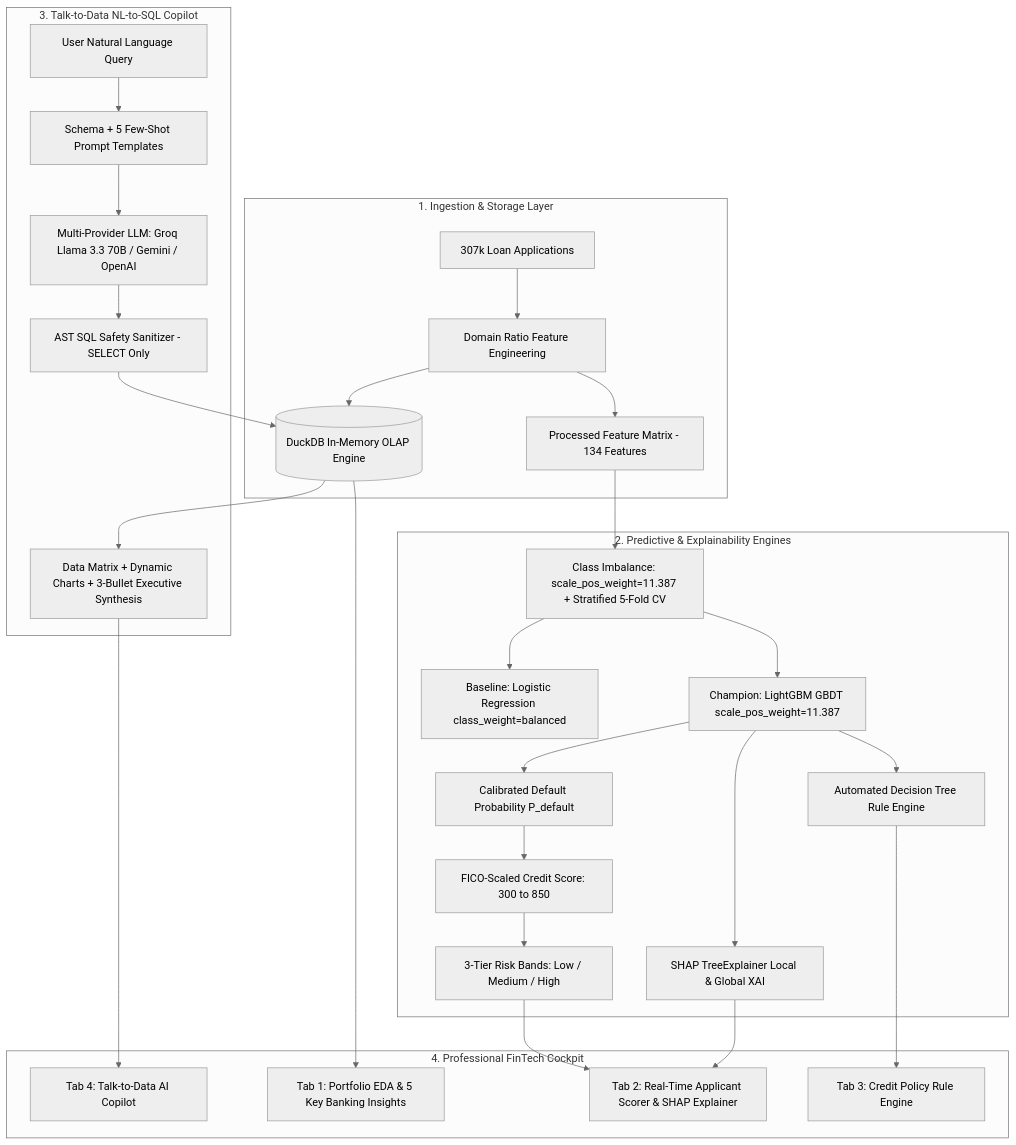
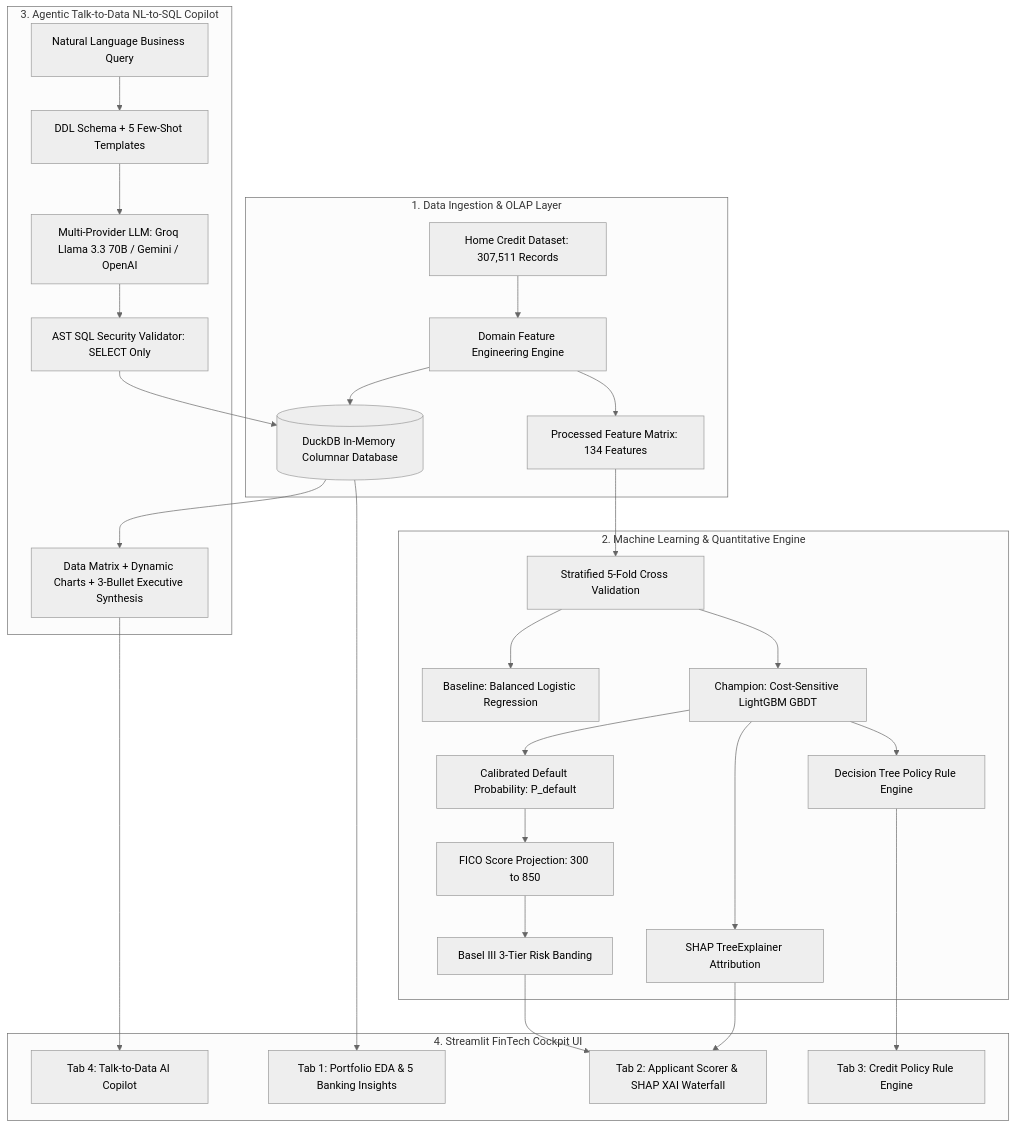
The diagram in README.md (Kusum004/Ai-powered-CRIP), drawn with Mermaid (neutral theme) before and after one commit. The commit also changed other lines of this file, not shown here.

Commit message:
docs: expand detailed architectural and operational explanations in README

````diff
--- a/README.md
+++ b/README.md
@@ -62,34 +49,34 @@
 ```mermaid
 flowchart TD
-    subgraph Data_Layer ["1. Ingestion & Storage Layer"]
-        A[307k Loan Applications] --> B[Domain Ratio Feature Engineering]
-        B --> C[(DuckDB In-Memory OLAP Engine)]
-        B --> D[Processed Feature Matrix - 134 Features]
+    subgraph Layer1 ["1. Data Ingestion & OLAP Layer"]
+        A[Home Credit Dataset: 307,511 Records] --> B[Domain Feature Engineering Engine]
+        B --> C[(DuckDB In-Memory Columnar Database)]
+        B --> D[Processed Feature Matrix: 134 Features]
     end
 
-    subgraph ML_Layer ["2. Predictive & Explainability Engines"]
-        D --> E0[Class Imbalance: scale_pos_weight=11.387 + Stratified 5-Fold CV]
-        E0 --> E1[Baseline: Logistic Regression class_weight=balanced]
-        E0 --> E2[Champion: LightGBM GBDT scale_pos_weight=11.387]
-        E2 --> F[Calibrated Default Probability P_default]
-        F --> G[FICO-Scaled Credit Score: 300 to 850]
-        G --> H[3-Tier Risk Bands: Low / Medium / High]
-        E2 --> I[SHAP TreeExplainer Local & Global XAI]
-        E2 --> J[Automated Decision Tree Rule Engine]
+    subgraph Layer2 ["2. Machine Learning & Quantitative Engine"]
+        D --> E[Stratified 5-Fold Cross Validation]
+        E --> F1[Baseline: Balanced Logistic Regression]
+        E --> F2[Champion: Cost-Sensitive LightGBM GBDT]
+        F2 --> G[Calibrated Default Probability: P_default]
+        G --> H[FICO Score Projection: 300 to 850]
+        H --> I[Basel III 3-Tier Risk Banding]
+        F2 --> J[SHAP TreeExplainer Attribution]
+        F2 --> K[Decision Tree Policy Rule Engine]
     end
 
-    subgraph LLM_Layer ["3. Talk-to-Data NL-to-SQL Copilot"]
-        K[User Natural Language Query] --> L[Schema + 5 Few-Shot Prompt Templates]
-        L --> M[Multi-Provider LLM: Groq Llama 3.3 70B / Gemini / OpenAI]
-        M --> N[AST SQL Safety Sanitizer - SELECT Only]
-        N --> C
-        C --> O[Data Matrix + Dynamic Charts + 3-Bullet Executive Synthesis]
+    subgraph Layer3 ["3. Agentic Talk-to-Data NL-to-SQL Copilot"]
+        L[Natural Language Business Query] --> M[DDL Schema + 5 Few-Shot Templates]
+        M --> N[Multi-Provider LLM: Groq Llama 3.3 70B / Gemini / OpenAI]
+        N --> O[AST SQL Security Validator: SELECT Only]
+        O --> C
+        C --> P[Data Matrix + Dynamic Charts + 3-Bullet Executive Synthesis]
     end
 
-    subgraph UI_Layer ["4. Professional FinTech Cockpit"]
-        C --> P1[Tab 1: Portfolio EDA & 5 Key Banking Insights]
-        H & I --> P2[Tab 2: Real-Time Applicant Scorer & SHAP Explainer]
-        J --> P3[Tab 3: Credit Policy Rule Engine]
-        O --> P4[Tab 4: Talk-to-Data AI Copilot]
+    subgraph Layer4 ["4. Streamlit FinTech Cockpit UI"]
+        C --> Q1[Tab 1: Portfolio EDA & 5 Banking Insights]
+        I & J --> Q2[Tab 2: Applicant Scorer & SHAP XAI Waterfall]
+        K --> Q3[Tab 3: Credit Policy Rule Engine]
+        P --> Q4[Tab 4: Talk-to-Data AI Copilot]
     end
 ```
````
